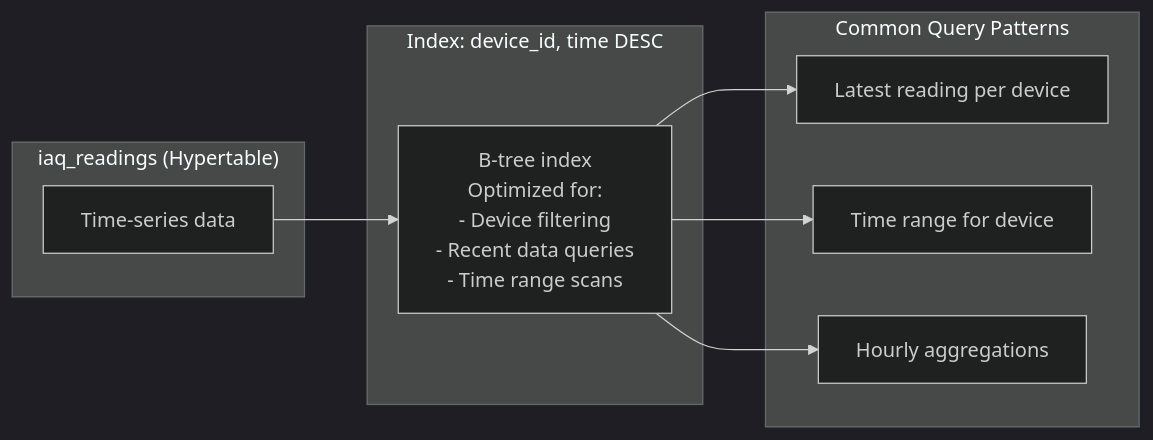
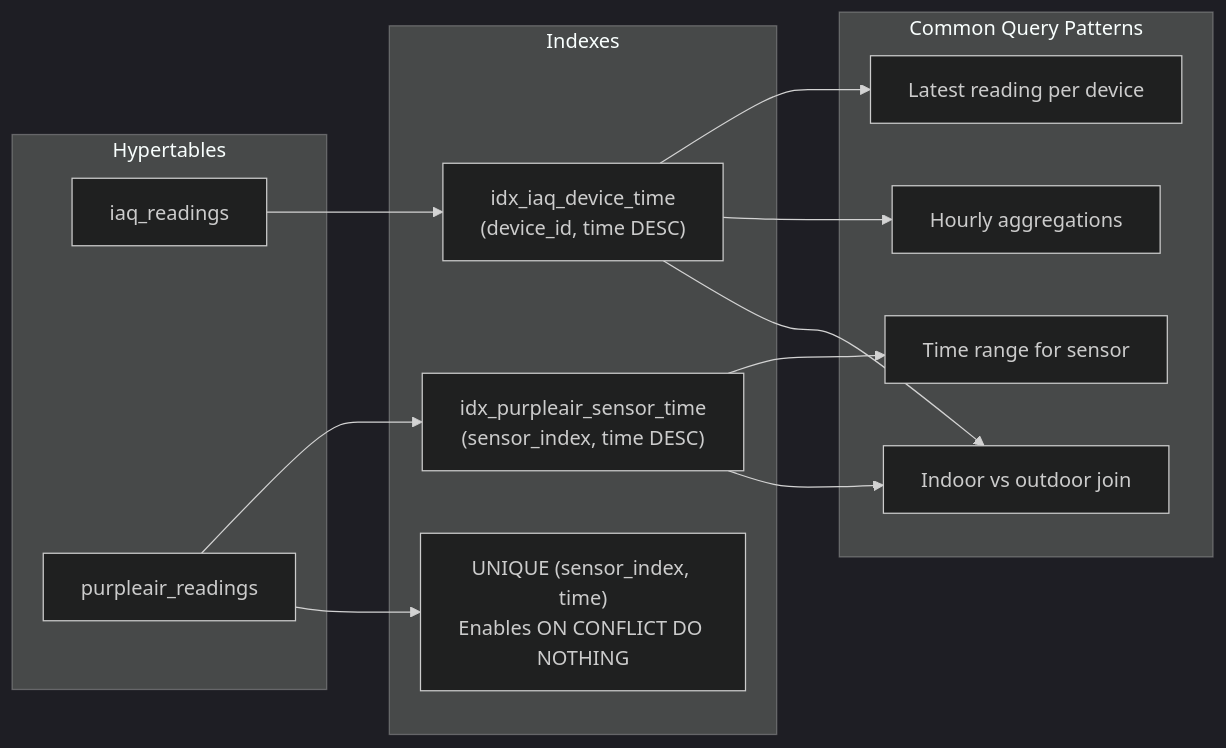
Diagram 16 of 21 in docs/architecture.md (kuvychko/env_monitoring), drawn with Mermaid (dark theme) before and after one commit. The commit also changed other lines of this file and 13 other files, not shown here.

````diff
--- a/docs/architecture.md
+++ b/docs/architecture.md
@@ -527,21 +555,29 @@
 ```mermaid
 flowchart LR
-    subgraph Table["iaq_readings (Hypertable)"]
-        DATA[Time-series data]
+    subgraph Tables["Hypertables"]
+        IAQ["iaq_readings"]
+        PA["purpleair_readings"]
     end
 
-    subgraph Index["Index: device_id, time DESC"]
-        IDX["B-tree index<br/>Optimized for:<br/>- Device filtering<br/>- Recent data queries<br/>- Time range scans"]
+    subgraph Indexes["Indexes"]
+        IDX1["idx_iaq_device_time<br/>(device_id, time DESC)"]
+        IDX2["idx_purpleair_sensor_time<br/>(sensor_index, time DESC)"]
+        UNIQ["UNIQUE (sensor_index, time)<br/>Enables ON CONFLICT DO NOTHING"]
     end
 
     subgraph Queries["Common Query Patterns"]
         Q1[Latest reading per device]
-        Q2[Time range for device]
+        Q2[Time range for sensor]
         Q3[Hourly aggregations]
+        Q4[Indoor vs outdoor join]
     end
 
-    DATA --> IDX
-    IDX --> Q1
-    IDX --> Q2
-    IDX --> Q3
+    IAQ --> IDX1
+    PA --> IDX2
+    PA --> UNIQ
+    IDX1 --> Q1
+    IDX2 --> Q2
+    IDX1 --> Q3
+    IDX2 --> Q4
+    IDX1 --> Q4
 ```
````
